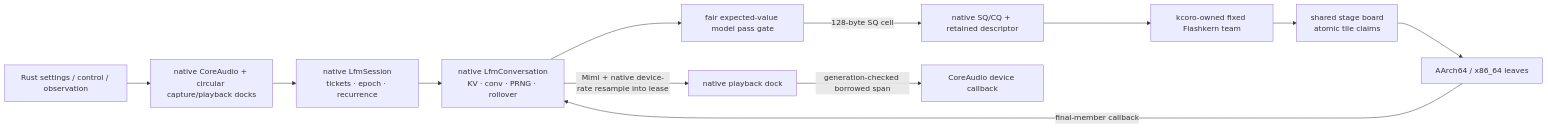
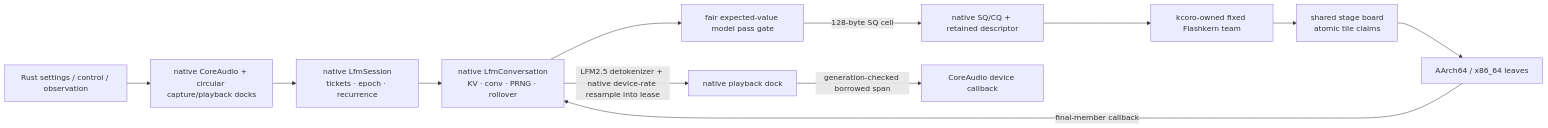
Before and after one commit to SolaceHarmony/emberharmony: the diagram in crates/liquid-audio/docs/DECODE_ENGINE.md, drawn with Mermaid. The commit also changed other lines of this file and 38 other files, not shown here.

````diff
--- a/crates/liquid-audio/docs/DECODE_ENGINE.md
+++ b/crates/liquid-audio/docs/DECODE_ENGINE.md
@@ -72,14 +74,14 @@
 ```mermaid
 flowchart LR
     Host["Rust settings / control / observation"] --> Dock["native CoreAudio + circular capture/playback docks"]
     Dock --> Session["native LfmSession<br/>tickets · epoch · recurrence"]
     Session --> Conv["native LfmConversation<br/>KV · conv · PRNG · rollover"]
     Conv --> Gate["fair expected-value model pass gate"]
     Gate -->|"128-byte SQ cell"| Bridge["native SQ/CQ + retained descriptor"]
     Bridge --> Team["kcoro-owned fixed Flashkern team"]
     Team --> Board["shared stage board<br/>atomic tile claims"]
     Board --> Kernels["AArch64 / x86_64 leaves"]
     Kernels -->|"final-member callback"| Conv
-    Conv -->|"Mimi + native device-rate resample into lease"| Playback["native playback dock"]
+    Conv -->|"LFM2.5 detokenizer + native device-rate resample into lease"| Playback["native playback dock"]
     Playback -->|"generation-checked borrowed span"| Device["CoreAudio device callback"]
 ```
````
